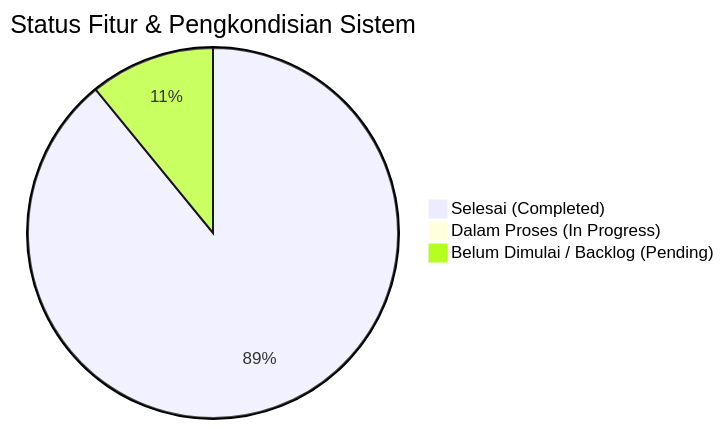
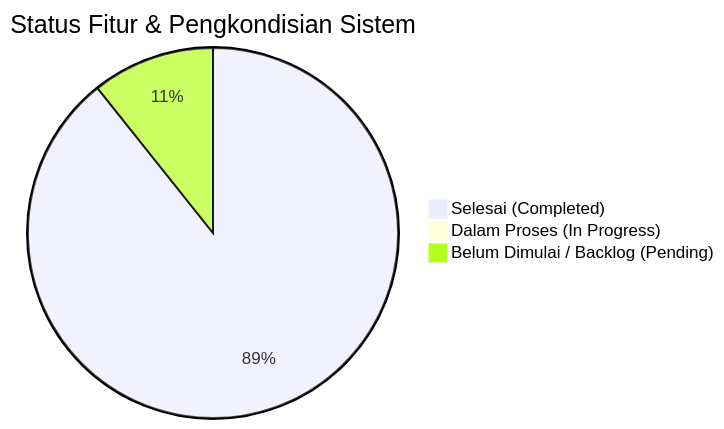
Before and after one commit to 4lliiifffff/pengembangan-presensi-pkbmpikat: the diagram in docs/progress_pengembangan_sistem_presensi.md, drawn with Mermaid. The commit also changed other lines of this file and 17 other files, not shown here.

````diff
--- a/docs/progress_pengembangan_sistem_presensi.md
+++ b/docs/progress_pengembangan_sistem_presensi.md
@@ -12,6 +12,6 @@
 ```mermaid
 pie title Status Fitur & Pengkondisian Sistem
-    "Selesai (Completed)" : 49
+    "Selesai (Completed)" : 50
     "Dalam Proses (In Progress)" : 0
     "Belum Dimulai / Backlog (Pending)" : 6
 ```
````
